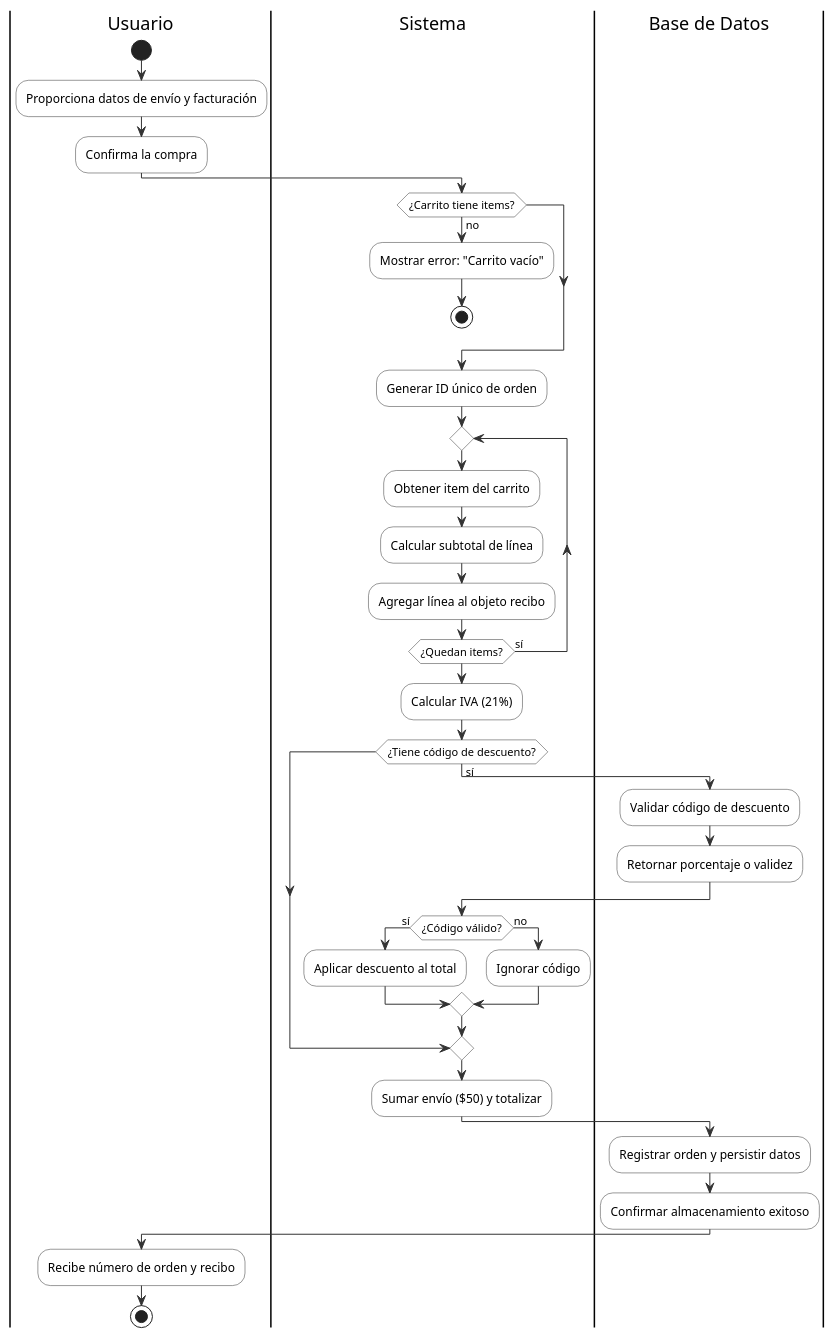
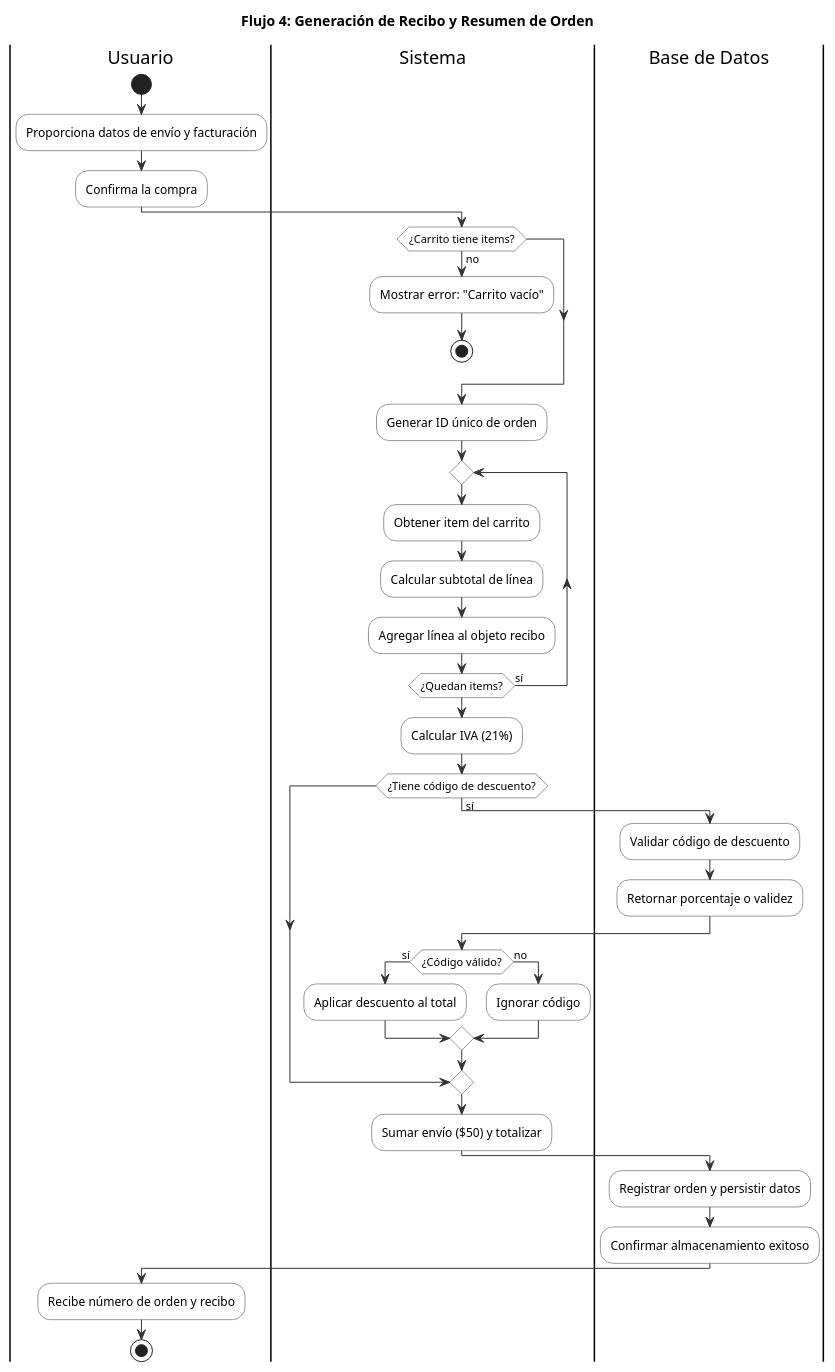
The diagram in docs/05-diagramas/01-diagrama-de-actividades/actividad-flujo-4-recibo.puml (GonzaloBarbano/E-commerce), drawn with PlantUML before and after one commit. The commit also changed 4 other files, not shown here.

```diff
--- a/docs/05-diagramas/01-diagrama-de-actividades/actividad-flujo-4-recibo.puml
+++ b/docs/05-diagramas/01-diagrama-de-actividades/actividad-flujo-4-recibo.puml
@@ -1,48 +1,49 @@
 @startuml flujo-4-recibo
+title Flujo 4: Generación de Recibo y Resumen de Orden
 skinparam ActivityBackgroundColor #FFFFFF
 skinparam ActivityBorderColor #333333
 skinparam ArrowColor #333333
 
 |Usuario|
 start
 :Proporciona datos de envío y facturación;
 :Confirma la compra;
 
 |Sistema|
 if (¿Carrito tiene items?) then (no)
   :Mostrar error: "Carrito vacío";
   stop
 endif
 
 :Generar ID único de orden;
 
 repeat
   :Obtener item del carrito;
   :Calcular subtotal de línea;
   :Agregar línea al objeto recibo;
 repeat while (¿Quedan items?) is (sí)
 
 :Calcular IVA (21%);
 
 if (¿Tiene código de descuento?) then (sí)
   |Base de Datos|
   :Validar código de descuento;
   :Retornar porcentaje o validez;
   |Sistema|
   if (¿Código válido?) then (sí)
     :Aplicar descuento al total;
   else (no)
     :Ignorar código;
   endif
 endif
 
 :Sumar envío ($50) y totalizar;
 
 |Base de Datos|
 :Registrar orden y persistir datos;
 :Confirmar almacenamiento exitoso;
 
 |Usuario|
 :Recibe número de orden y recibo;
 stop
 @enduml
```
